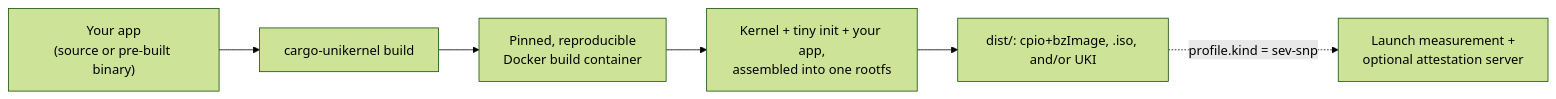
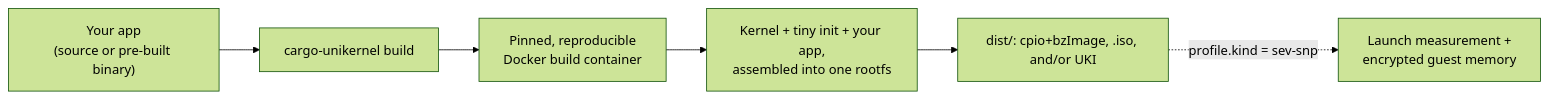
Before and after one commit to hacer-bark/cargo-unikernel: the diagram in README.md, drawn with Mermaid (forest theme). The commit also changed other lines of this file and 37 other files, not shown here.

````diff
--- a/README.md
+++ b/README.md
@@ -107,8 +55,8 @@
 ```mermaid
 flowchart LR
     A["Your app<br/>(source or pre-built binary)"] --> B["cargo-unikernel build"]
     B --> C["Pinned, reproducible<br/>Docker build container"]
     C --> D["Kernel + tiny init + your app,<br/>assembled into one rootfs"]
     D --> E["dist/: cpio+bzImage, .iso, and/or UKI"]
-    E -.->|"profile.kind = sev-snp"| F["Launch measurement +<br/>optional attestation server"]
+    E -.->|"profile.kind = sev-snp"| F["Launch measurement +<br/>encrypted guest memory"]
 ```
````
